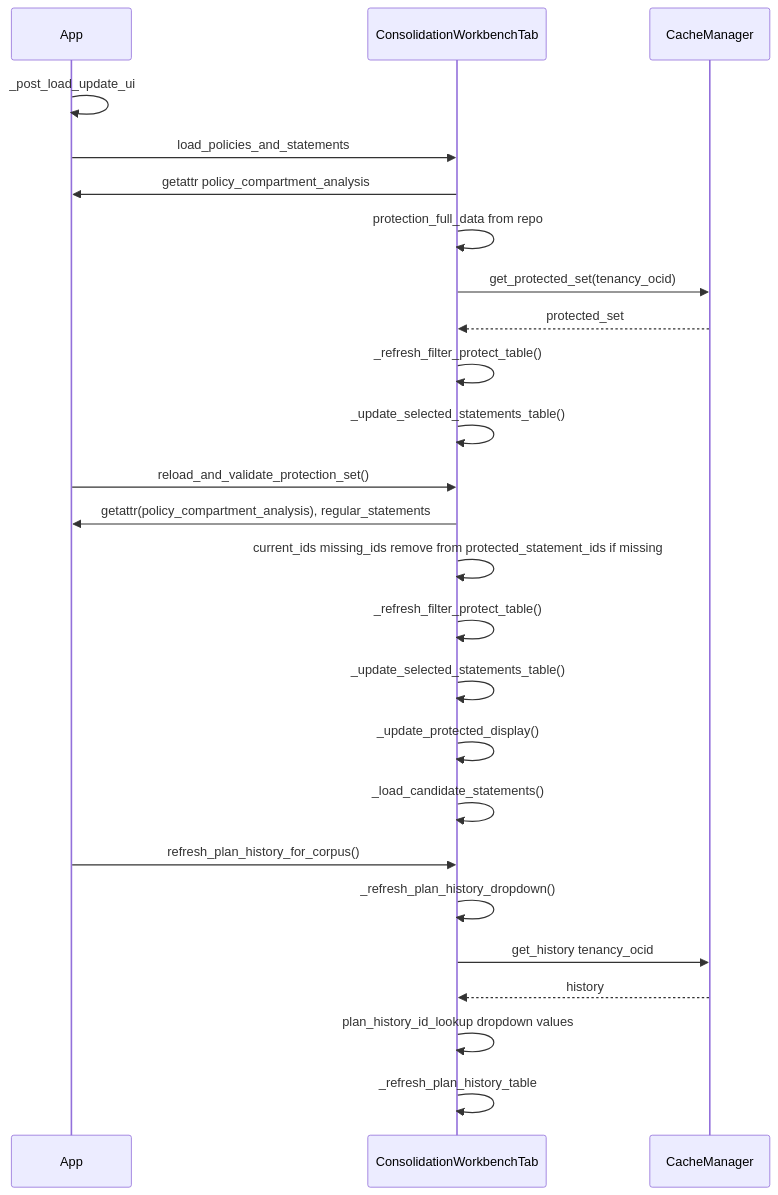
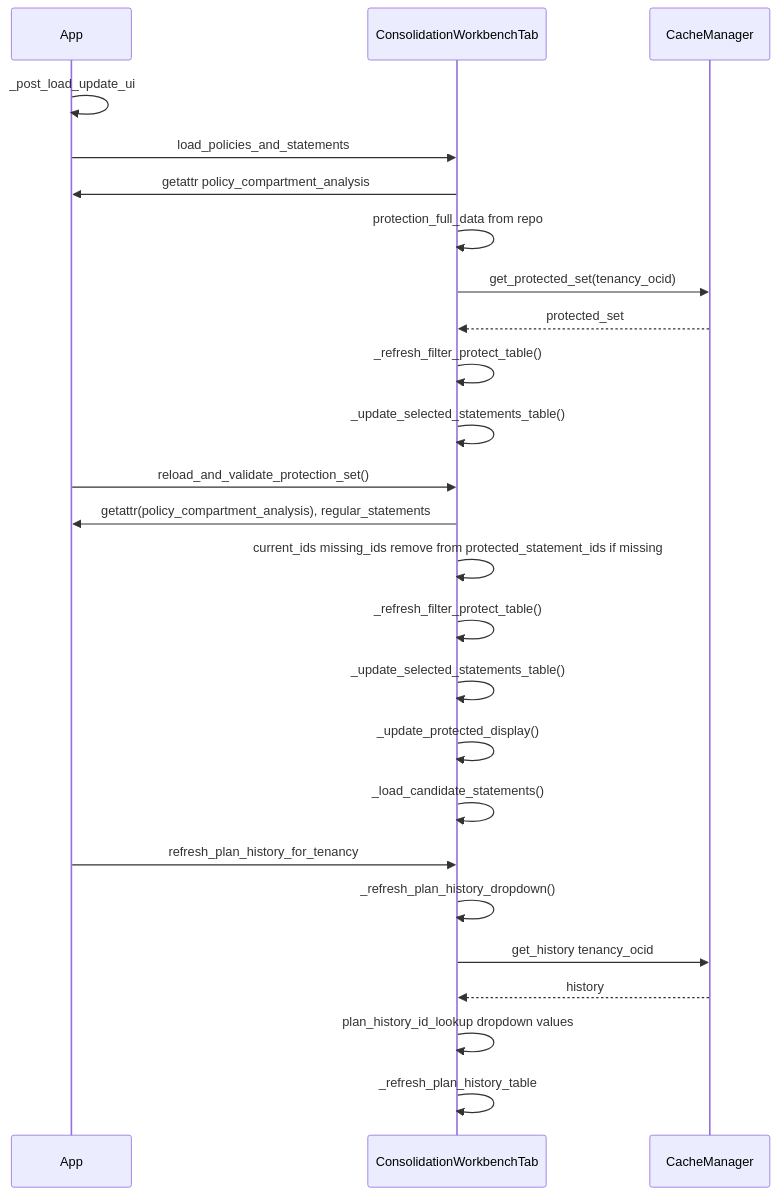
The sixth of 10 diagrams in docs/context/project/CONTEXT_policy_consolidation.md (agregory999/oci-policy-analysis), drawn with Mermaid before and after one commit. The commit also changed other lines of this file and 21 other files, not shown here.

````diff
--- a/docs/context/project/CONTEXT_policy_consolidation.md
+++ b/docs/context/project/CONTEXT_policy_consolidation.md
@@ -261,30 +262,30 @@
 ```mermaid
 sequenceDiagram
     participant App
     participant Workbench as ConsolidationWorkbenchTab
     participant Cache as CacheManager
 
     App->>App: _post_load_update_ui
     App->>Workbench: load_policies_and_statements
     Workbench->>App: getattr policy_compartment_analysis
     Workbench->>Workbench: protection_full_data from repo
     Workbench->>Cache: get_protected_set(tenancy_ocid)
     Cache-->>Workbench: protected_set
     Workbench->>Workbench: _refresh_filter_protect_table()
     Workbench->>Workbench: _update_selected_statements_table()
 
     App->>Workbench: reload_and_validate_protection_set()
     Workbench->>App: getattr(policy_compartment_analysis), regular_statements
     Workbench->>Workbench: current_ids missing_ids remove from protected_statement_ids if missing
     Workbench->>Workbench: _refresh_filter_protect_table()
     Workbench->>Workbench: _update_selected_statements_table()
     Workbench->>Workbench: _update_protected_display()
     Workbench->>Workbench: _load_candidate_statements()
 
-    App->>Workbench: refresh_plan_history_for_corpus()
+    App->>Workbench: refresh_plan_history_for_tenancy
     Workbench->>Workbench: _refresh_plan_history_dropdown()
     Workbench->>Cache: get_history tenancy_ocid
     Cache-->>Workbench: history
     Workbench->>Workbench: plan_history_id_lookup dropdown values
     Workbench->>Workbench: _refresh_plan_history_table
 ```
````
